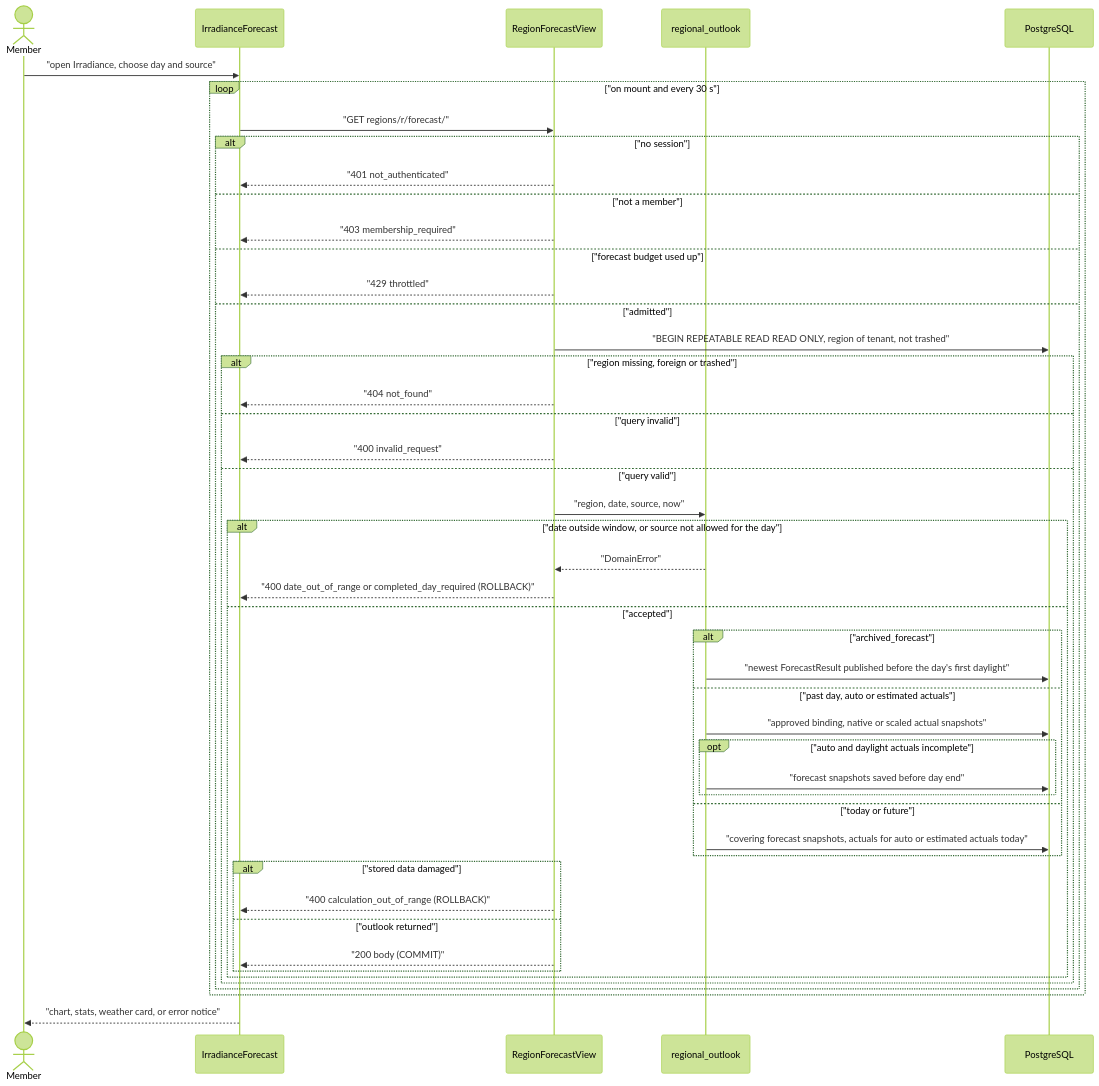
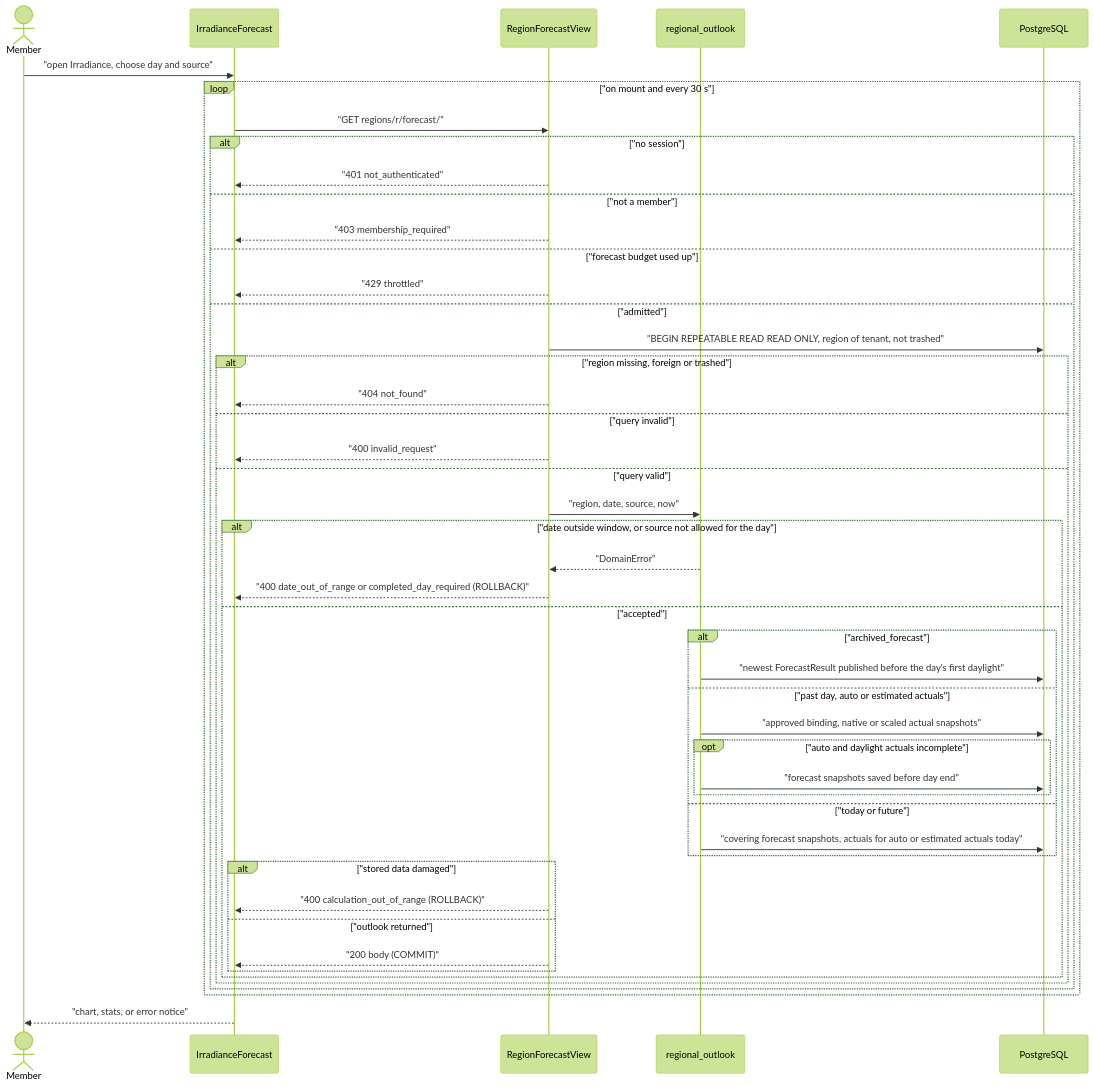
The diagram in docs/flows/irradiance-forecast-view.md (erkurtharun/pyracast), drawn with Mermaid (forest theme) before and after one commit. The commit also changed other lines of this file and 67 other files, not shown here.

````diff
--- a/docs/flows/irradiance-forecast-view.md
+++ b/docs/flows/irradiance-forecast-view.md
@@ -12,49 +12,49 @@
 ```mermaid
 sequenceDiagram
     actor U as Member
     participant P as IrradianceForecast
     participant V as RegionForecastView
     participant O as regional_outlook
     participant DB as PostgreSQL
     U->>P: "open Irradiance, choose day and source"
     loop "on mount and every 30 s"
         P->>V: "GET regions/r/forecast/"
         alt "no session"
             V-->>P: "401 not_authenticated"
         else "not a member"
             V-->>P: "403 membership_required"
         else "forecast budget used up"
             V-->>P: "429 throttled"
         else "admitted"
             V->>DB: "BEGIN REPEATABLE READ READ ONLY, region of tenant, not trashed"
             alt "region missing, foreign or trashed"
                 V-->>P: "404 not_found"
             else "query invalid"
                 V-->>P: "400 invalid_request"
             else "query valid"
                 V->>O: "region, date, source, now"
                 alt "date outside window, or source not allowed for the day"
                     O-->>V: "DomainError"
                     V-->>P: "400 date_out_of_range or completed_day_required (ROLLBACK)"
                 else "accepted"
                     alt "archived_forecast"
                         O->>DB: "newest ForecastResult published before the day's first daylight"
                     else "past day, auto or estimated actuals"
                         O->>DB: "approved binding, native or scaled actual snapshots"
                         opt "auto and daylight actuals incomplete"
                             O->>DB: "forecast snapshots saved before day end"
                         end
                     else "today or future"
                         O->>DB: "covering forecast snapshots, actuals for auto or estimated actuals today"
                     end
                     alt "stored data damaged"
                         V-->>P: "400 calculation_out_of_range (ROLLBACK)"
                     else "outlook returned"
                         V-->>P: "200 body (COMMIT)"
                     end
                 end
             end
         end
     end
-    P-->>U: "chart, stats, weather card, or error notice"
+    P-->>U: "chart, stats, or error notice"
 ```
````
